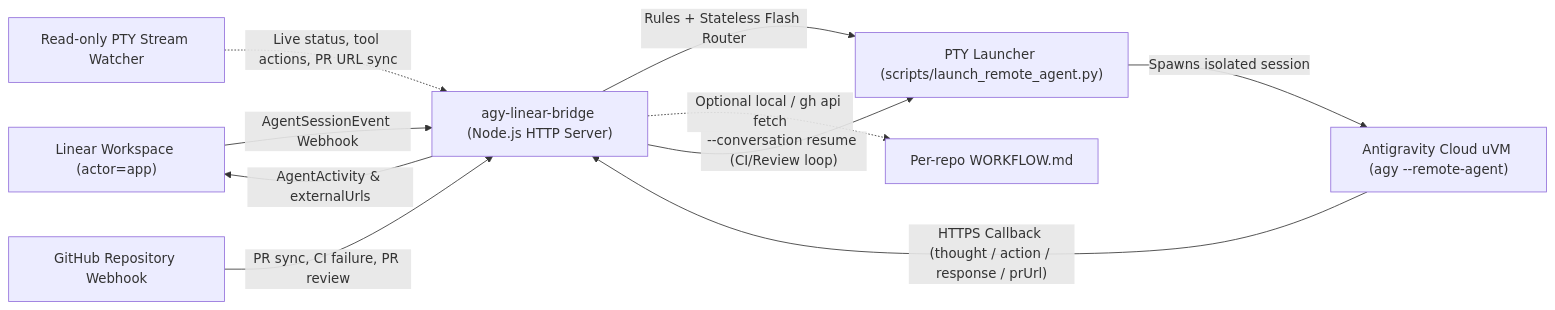
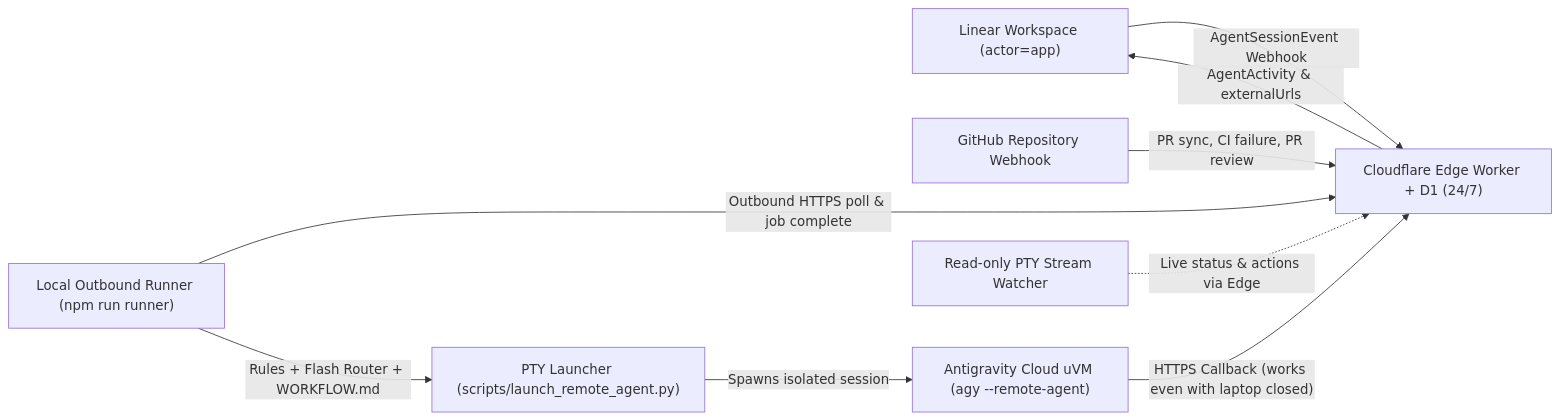
One commit to anilpixel/agy-linear-bridge changed the diagram in README.md. Above: the diagram before and after it, drawn with Mermaid. The commit also changed other lines of this file and 18 other files, not shown here.

Commit message:
feat(edge): add Cloudflare Workers + D1 gateway and outbound Linux/local runner

````diff
--- a/README.md
+++ b/README.md
@@ -14,12 +14,11 @@
 ```mermaid
 flowchart LR
-  Linear["Linear Workspace (actor=app)"] -->|"AgentSessionEvent Webhook"| Bridge["agy-linear-bridge (Node.js HTTP Server)"]
-  Bridge -->|"Rules + Stateless Flash Router"| Launcher["PTY Launcher (scripts/launch_remote_agent.py)"]
-  Bridge -.->|"Optional local / gh api fetch"| Workflow["Per-repo WORKFLOW.md"]
+  Linear["Linear Workspace (actor=app)"] -->|"AgentSessionEvent Webhook"| Edge["Cloudflare Edge Worker + D1 (24/7)"]
+  GitHub["GitHub Repository Webhook"] -->|"PR sync, CI failure, PR review"| Edge
+  Runner["Local Outbound Runner (npm run runner)"] -->|"Outbound HTTPS poll & job complete"| Edge
+  Runner -->|"Rules + Flash Router + WORKFLOW.md"| Launcher["PTY Launcher (scripts/launch_remote_agent.py)"]
   Launcher -->|"Spawns isolated session"| Agy["Antigravity Cloud uVM (agy --remote-agent)"]
-  Agy -->|"HTTPS Callback (thought / action / response / prUrl)"| Bridge
-  Watcher["Read-only PTY Stream Watcher"] -.->|"Live status, tool actions, PR URL sync"| Bridge
-  Bridge -->|"AgentActivity & externalUrls"| Linear
-  GitHub["GitHub Repository Webhook"] -->|"PR sync, CI failure, PR review"| Bridge
-  Bridge -->|"--conversation resume (CI/Review loop)"| Launcher
+  Agy -->|"HTTPS Callback (works even with laptop closed)"| Edge
+  Watcher["Read-only PTY Stream Watcher"] -.->|"Live status & actions via Edge"| Edge
+  Edge -->|"AgentActivity & externalUrls"| Linear
 ```
````
